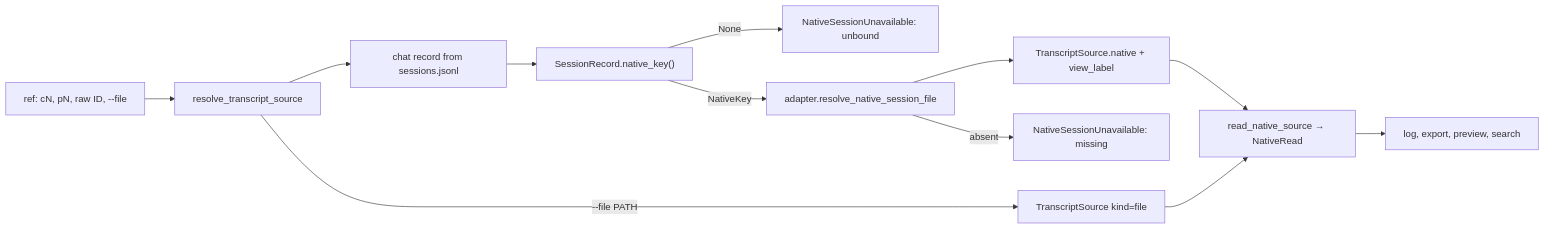
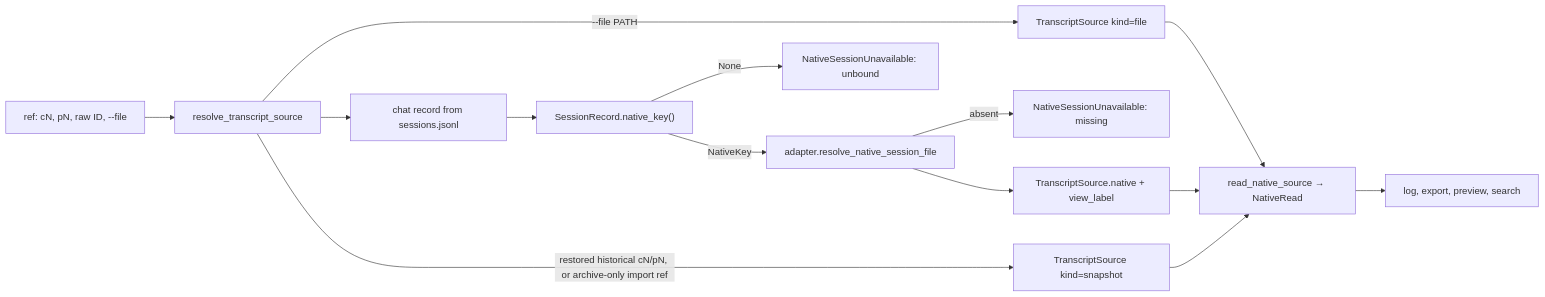
The diagram in kb/architecture/native-transcript-reads.md (haowjy/meridian-cli-kb), drawn with Mermaid before and after one commit. The commit also changed other lines of this file and 15 other files, not shown here.

First line of the commit message:
docs(kb): capture PR #534 round-3 phase: per-schema index, snapshot reads, prompt delivery

````diff
--- a/kb/architecture/native-transcript-reads.md
+++ b/kb/architecture/native-transcript-reads.md
@@ -15,14 +15,16 @@
 ```mermaid
 flowchart LR
   REF["ref: cN, pN, raw ID, --file"] --> RES["resolve_transcript_source"]
   RES -->|"--file PATH"| FILE["TranscriptSource kind=file"]
   RES --> CHAT["chat record from sessions.jsonl"]
+  RES -->|"restored historical cN/pN, or archive-only import ref"| SNAP["TranscriptSource kind=snapshot"]
+  SNAP --> READ
   CHAT --> KEY["SessionRecord.native_key()"]
   KEY -->|None| UNB["NativeSessionUnavailable: unbound"]
   KEY -->|NativeKey| ADP["adapter.resolve_native_session_file"]
   ADP -->|absent| MISS["NativeSessionUnavailable: missing"]
   ADP --> SRC["TranscriptSource.native + view_label"]
   SRC --> READ["read_native_source → NativeRead"]
   FILE --> READ
   READ --> OUT["log, export, preview, search"]
 ```
````
